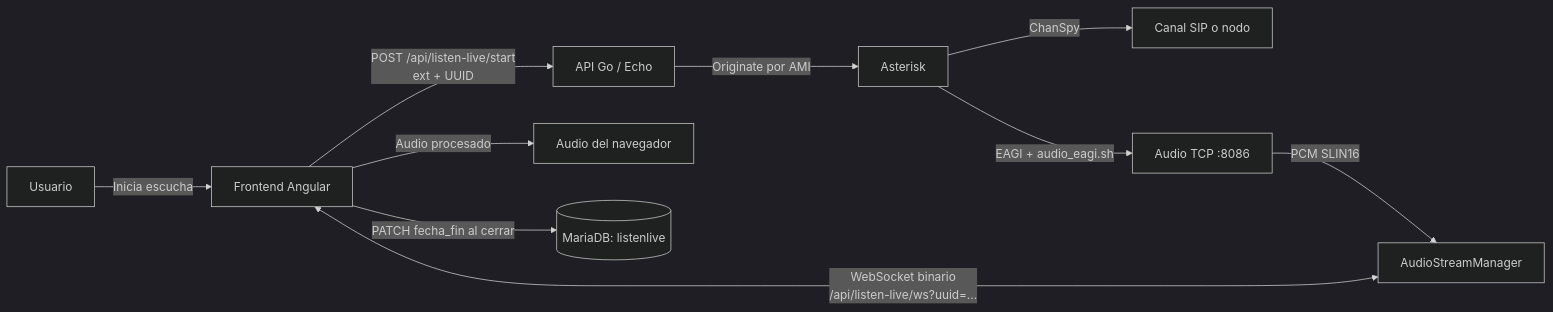
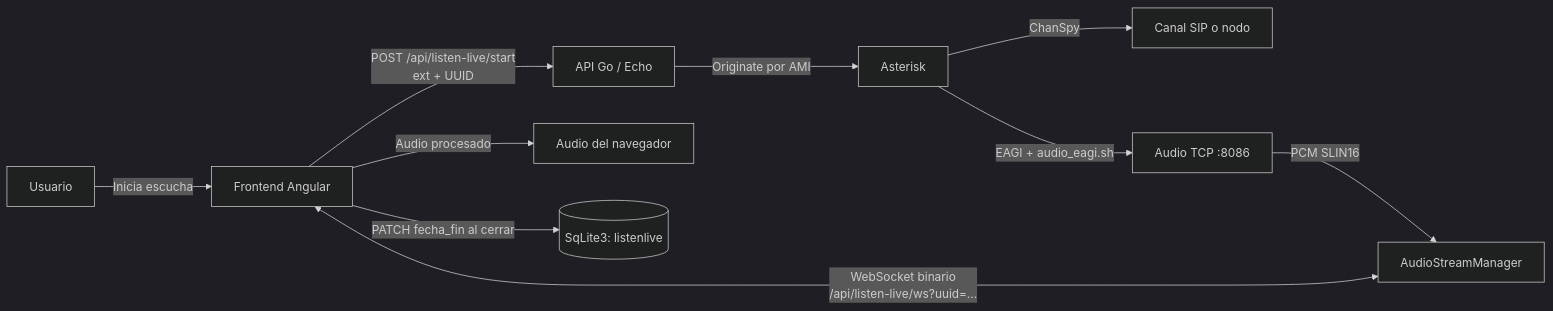
Before and after one commit to jjsainzc/amerimon: the first of 3 diagrams in public/assets/docs/listen-live.es.md, drawn with Mermaid (dark theme). The commit also changed other lines of this file and 2 other files, not shown here.

Commit message:
Cambiar MariaDB por SQLite3

````diff
--- a/public/assets/docs/listen-live.es.md
+++ b/public/assets/docs/listen-live.es.md
@@ -7,12 +7,12 @@
 ```mermaid
 flowchart LR
     User[Usuario] -->|Inicia escucha| Frontend[Frontend Angular]
     Frontend -->|POST /api/listen-live/start<br/>ext + UUID| API[API Go / Echo]
     API -->|Originate por AMI| Asterisk[Asterisk]
     Asterisk -->|ChanSpy| Target[Canal SIP o nodo]
     Asterisk -->|EAGI + audio_eagi.sh| TCP[Audio TCP :8086]
     TCP -->|PCM SLIN16| Stream[AudioStreamManager]
     Frontend <-->|WebSocket binario<br/>/api/listen-live/ws?uuid=...| Stream
     Frontend -->|Audio procesado| Speaker[Audio del navegador]
-    Frontend -->|PATCH fecha_fin al cerrar| DB[(MariaDB: listenlive)]
+    Frontend -->|PATCH fecha_fin al cerrar| DB[(SqLite3: listenlive)]
 ```
````
